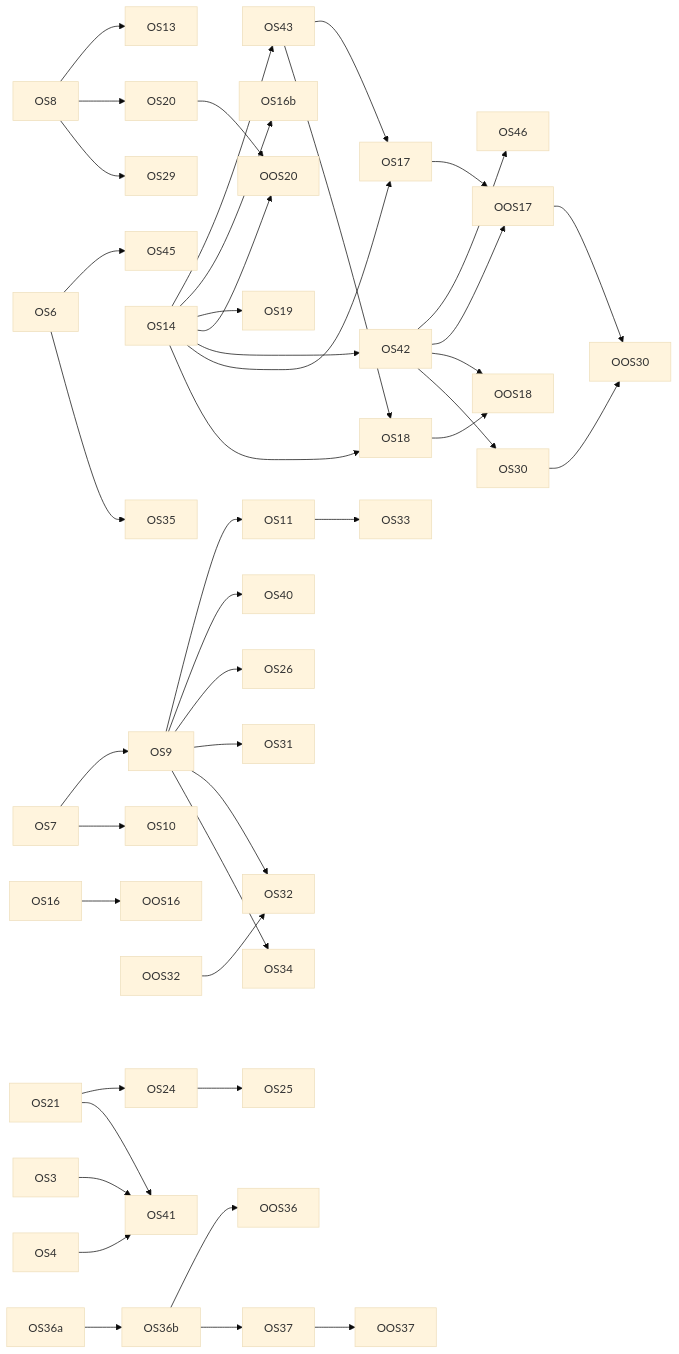
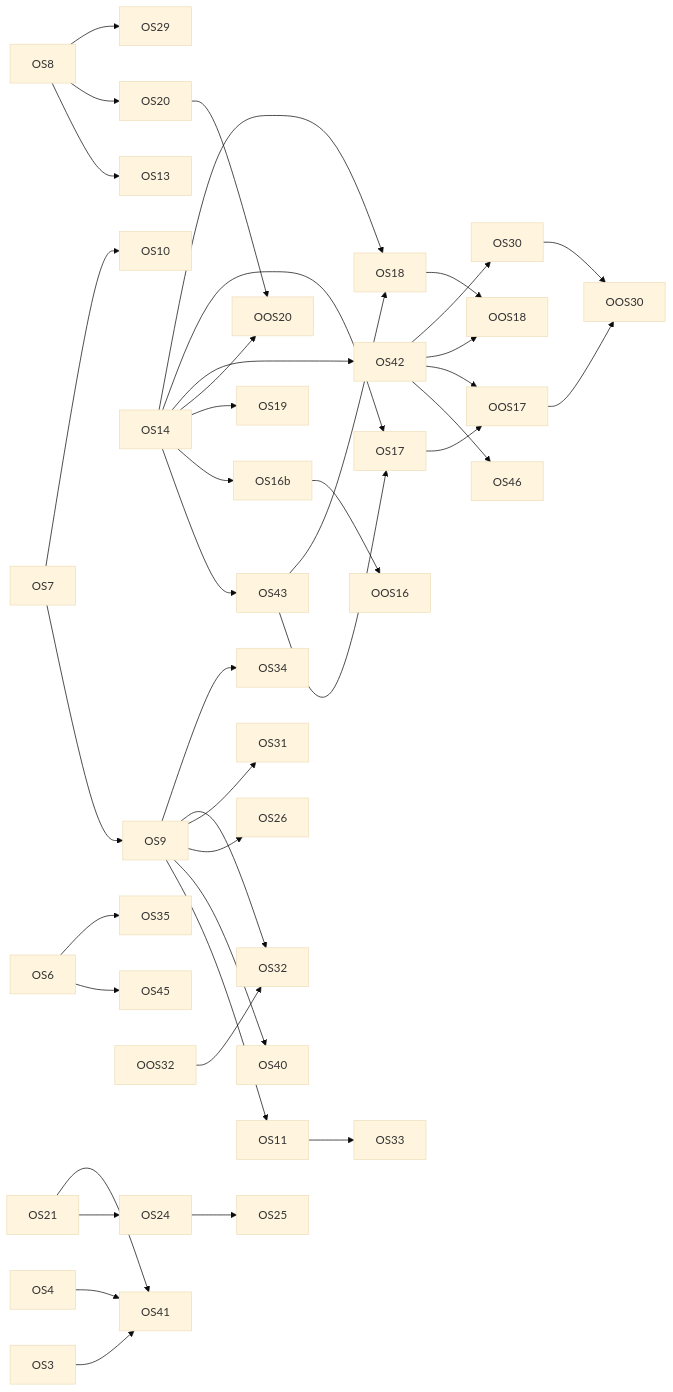
Before and after one commit to diy-accounting-uk/submit.diyaccounting.co.uk: the diagram in PLAN_ORGANIC_SEARCH.md, drawn with Mermaid (base theme). The commit also changed other lines of this file, not shown here.

````diff
--- a/PLAN_ORGANIC_SEARCH.md
+++ b/PLAN_ORGANIC_SEARCH.md
@@ -904,46 +890,42 @@
 ```mermaid
 flowchart LR
   OS6 --> OS45
   OS7 --> OS9
   OS7 --> OS10
   OS9 --> OS11
   OS9 --> OS40
   OS8 --> OS13
   OS14 --> OS43
   OS14 --> OS16b
-  OS16 --> OOS16
+  OS16b --> OOS16
   OS14 --> OS19
   OS8 --> OS20
   OS14 --> OOS20
   OS20 --> OOS20
   OS14 --> OS42
   OS42 --> OS46
   OS14 --> OS17
   OS43 --> OS17
   OS17 --> OOS17
   OS42 --> OOS17
   OS14 --> OS18
   OS43 --> OS18
   OS18 --> OOS18
   OS42 --> OOS18
   OS21 --> OS24
   OS24 --> OS25
   OS9 --> OS26
   OS8 --> OS29
   OS42 --> OS30
   OS30 --> OOS30
   OOS17 --> OOS30
   OS9 --> OS31
   OS9 --> OS32
   OOS32 --> OS32
   OS11 --> OS33
   OS9 --> OS34
   OS6 --> OS35
   OS3 --> OS41
   OS4 --> OS41
   OS21 --> OS41
-  OS36a --> OS36b
-  OS36b --> OOS36
-  OS36b --> OS37
-  OS37 --> OOS37
 ```
````
